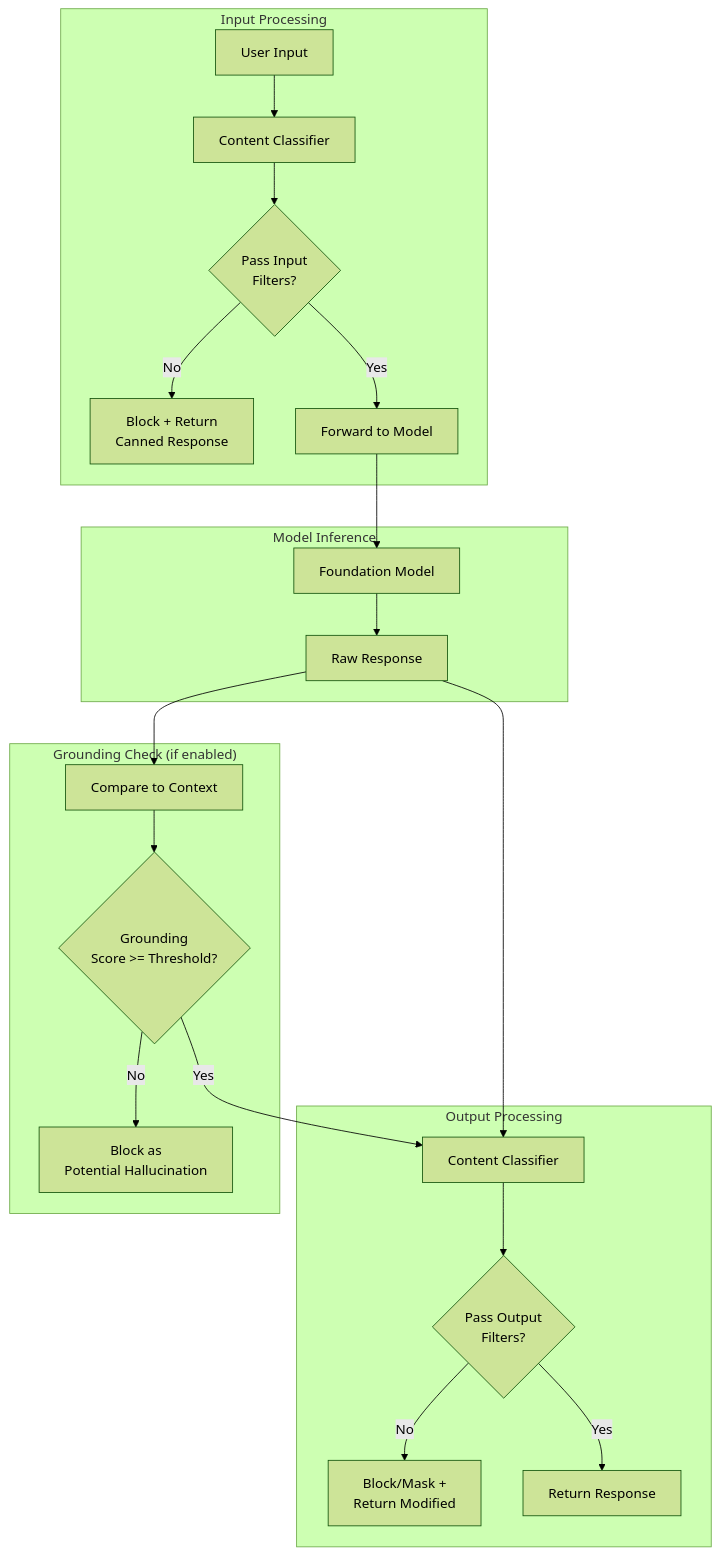
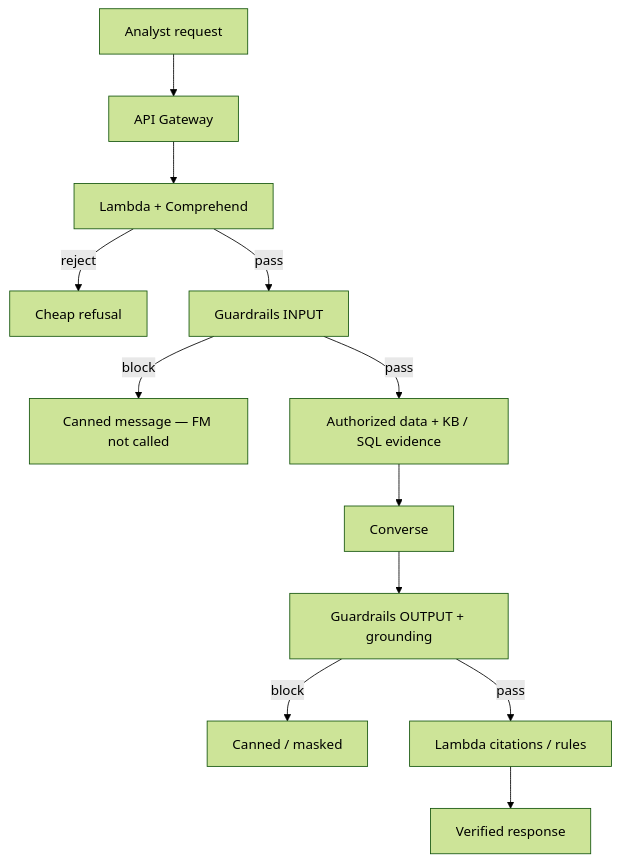
The second of 2 diagrams in src/data/content/domain-3/input-output-safety.md (bme3412/aws-ai-developer-redux), drawn with Mermaid (forest theme) before and after one commit. The commit also changed other lines of this file and 58 other files, not shown here.

````diff
--- a/src/data/content/domain-3/input-output-safety.md
+++ b/src/data/content/domain-3/input-output-safety.md
@@ -25,28 +197,14 @@
 ```mermaid
-graph TD
-    subgraph "Input Processing"
-        A[User Input] --> B[Content Classifier]
-        B --> C{Pass Input<br/>Filters?}
-        C -->|No| D[Block + Return<br/>Canned Response]
-        C -->|Yes| E[Forward to Model]
-    end
-
-    subgraph "Model Inference"
-        E --> F[Foundation Model]
-        F --> G[Raw Response]
-    end
-
-    subgraph "Output Processing"
-        G --> H[Content Classifier]
-        H --> I{Pass Output<br/>Filters?}
-        I -->|No| J[Block/Mask +<br/>Return Modified]
-        I -->|Yes| K[Return Response]
-    end
-
-    subgraph "Grounding Check (if enabled)"
-        G --> L[Compare to Context]
-        L --> M{Grounding<br/>Score >= Threshold?}
-        M -->|No| N[Block as<br/>Potential Hallucination]
-        M -->|Yes| H
-    end
+flowchart TD
+    A[Analyst request] --> G[API Gateway]
+    G --> L1[Lambda + Comprehend]
+    L1 -->|reject| X[Cheap refusal]
+    L1 -->|pass| GR1[Guardrails INPUT]
+    GR1 -->|block| C1[Canned message — FM not called]
+    GR1 -->|pass| E[Authorized data + KB / SQL evidence]
+    E --> FM[Converse]
+    FM --> GR2[Guardrails OUTPUT + grounding]
+    GR2 -->|block| C2[Canned / masked]
+    GR2 -->|pass| L2[Lambda citations / rules]
+    L2 --> V[Verified response]
 ```
````
